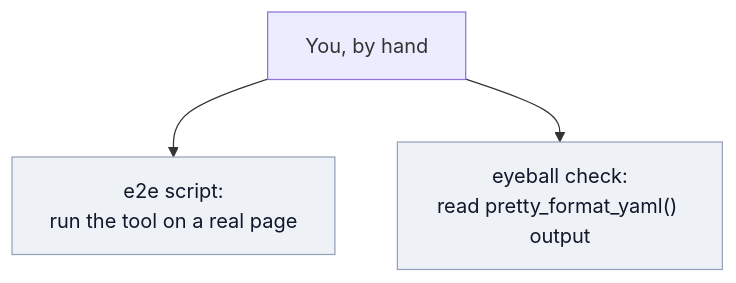
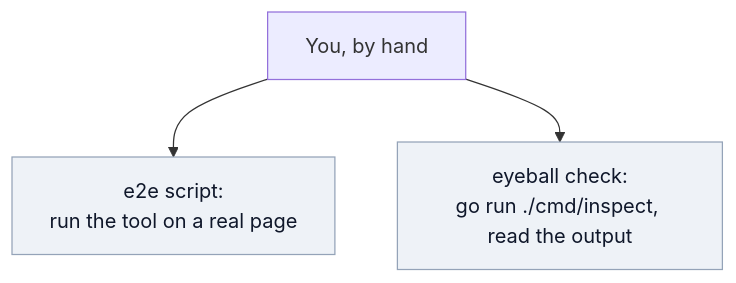
Before and after one commit to joels-claude-bot/llm-site-reviewer: the fourth of 4 diagrams in docs-site/docs/decisions/0001-test-and-corpus-strategy.md, drawn with Mermaid. The commit also changed other lines of this file and 15 other files, not shown here.

````diff
--- a/docs-site/docs/decisions/0001-test-and-corpus-strategy.md
+++ b/docs-site/docs/decisions/0001-test-and-corpus-strategy.md
@@ -152,7 +167,7 @@
 ```mermaid
 flowchart TD
     You[You, by hand] --> S1["e2e script:<br/>run the tool on a real page"]
-    You --> S2["eyeball check:<br/>read pretty_format_yaml() output"]
+    You --> S2["eyeball check:<br/>go run ./cmd/inspect, read the output"]
     classDef plain fill:#eef2f7,color:#0f172a,stroke:#94a3b8
     class S1,S2 plain
 ```
````
